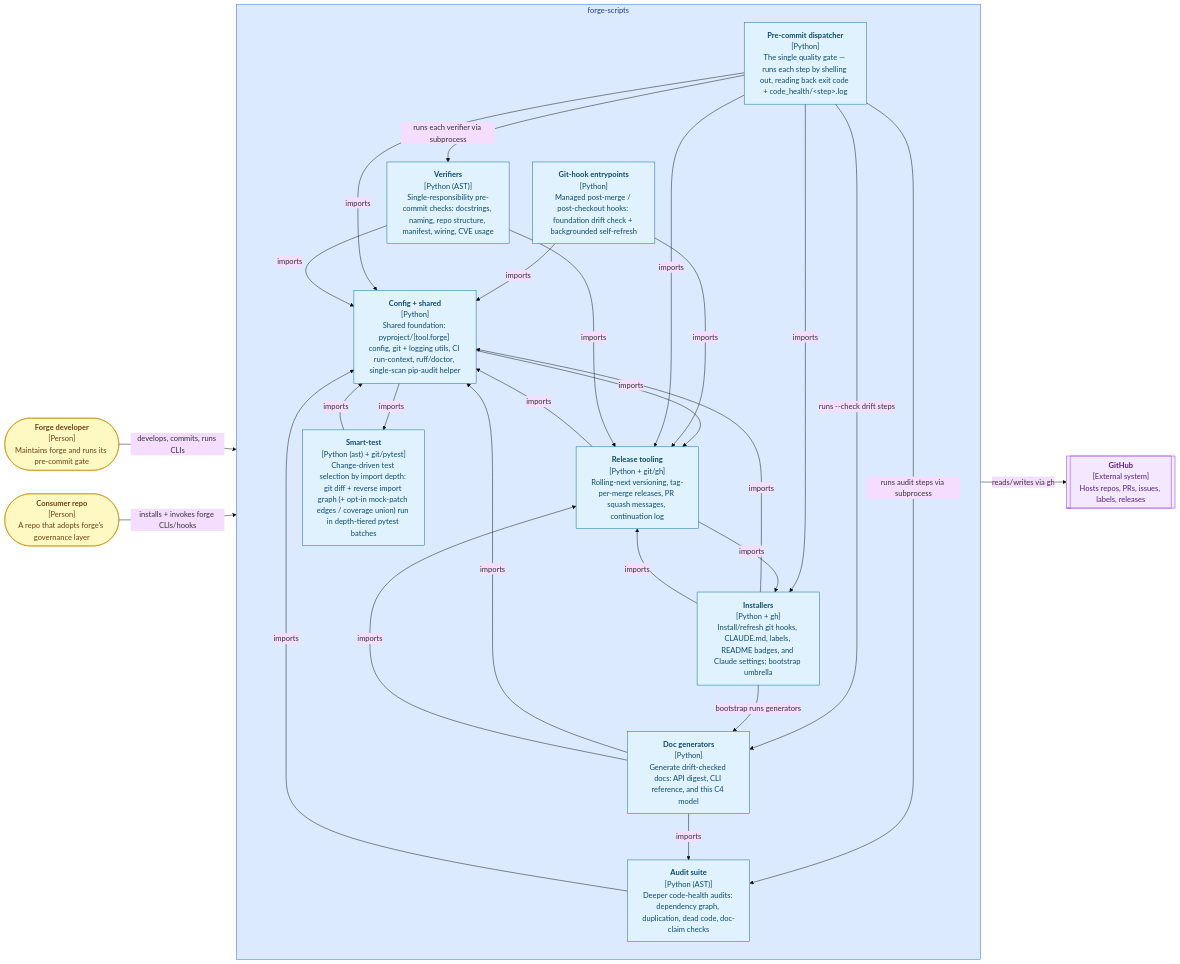
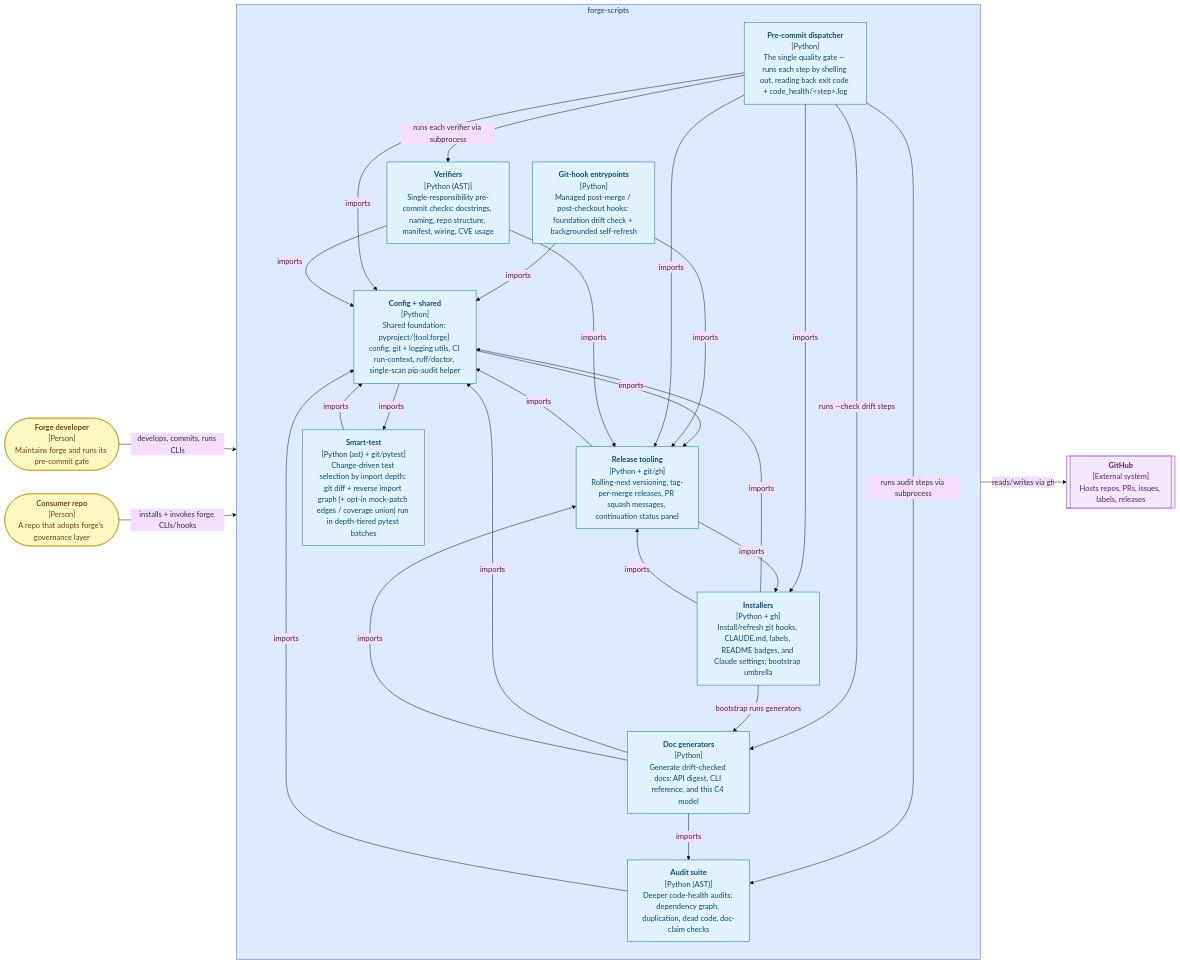
One commit to misnaej/forge changed the diagram in README.md. Above: the diagram before and after it, drawn with Mermaid (base theme). The commit also changed other lines of this file and 39 other files, not shown here.

First line of the commit message:
feat(continuation)!: status panel plus capped written note (#710)

````diff
--- a/README.md
+++ b/README.md
@@ -123,59 +123,59 @@
 ```mermaid
 graph LR
     forge_developer(["<b>Forge developer</b><br/>[Person]<br/>Maintains forge and runs its pre-commit gate"])
     consumer_repo(["<b>Consumer repo</b><br/>[Person]<br/>A repo that adopts forge's governance layer"])
     github[["<b>GitHub</b><br/>[External system]<br/>Hosts repos, PRs, issues, labels, releases"]]
     subgraph forge_scripts["forge-scripts"]
         pre_commit_dispatcher["<b>Pre-commit dispatcher</b><br/>[Python]<br/>The single quality gate — runs each step by shelling out, reading back exit code + code_health/&lt;step&gt;.log"]
         audit_suite["<b>Audit suite</b><br/>[Python (AST)]<br/>Deeper code-health audits: dependency graph, duplication, dead code, doc-claim checks"]
         verifiers["<b>Verifiers</b><br/>[Python (AST)]<br/>Single-responsibility pre-commit checks: docstrings, naming, repo structure, manifest, wiring, CVE usage"]
         installers["<b>Installers</b><br/>[Python + gh]<br/>Install/refresh git hooks, CLAUDE.md, labels, README badges, and Claude settings; bootstrap umbrella"]
         doc_generators["<b>Doc generators</b><br/>[Python]<br/>Generate drift-checked docs: API digest, CLI reference, and this C4 model"]
         git_hook_entrypoints["<b>Git-hook entrypoints</b><br/>[Python]<br/>Managed post-merge / post-checkout hooks: foundation drift check + backgrounded self-refresh"]
-        release_tooling["<b>Release tooling</b><br/>[Python + git/gh]<br/>Rolling-next versioning, tag-per-merge releases, PR squash messages, continuation log"]
+        release_tooling["<b>Release tooling</b><br/>[Python + git/gh]<br/>Rolling-next versioning, tag-per-merge releases, PR squash messages, continuation status panel"]
         smart_test["<b>Smart-test</b><br/>[Python (ast) + git/pytest]<br/>Change-driven test selection by import depth: git diff + reverse import graph (+ opt-in mock-patch edges / coverage union) run in depth-tiered pytest batches"]
         config_shared["<b>Config + shared</b><br/>[Python]<br/>Shared foundation: pyproject/[tool.forge] config, git + logging utils, CI run-context, ruff/doctor, single-scan pip-audit helper"]
     end
     forge_developer -->|"develops, commits, runs CLIs"| forge_scripts
     consumer_repo -->|"installs + invokes forge CLIs/hooks"| forge_scripts
     forge_scripts -->|"reads/writes via gh"| github
     pre_commit_dispatcher -->|"runs each verifier via subprocess"| verifiers
     pre_commit_dispatcher -->|"runs audit steps via subprocess"| audit_suite
     pre_commit_dispatcher -->|"runs --check drift steps"| doc_generators
     installers -->|"bootstrap runs generators"| doc_generators
     audit_suite -->|"imports"| config_shared
     config_shared -->|"imports"| release_tooling
     config_shared -->|"imports"| smart_test
     doc_generators -->|"imports"| audit_suite
     doc_generators -->|"imports"| config_shared
     doc_generators -->|"imports"| release_tooling
     git_hook_entrypoints -->|"imports"| config_shared
     git_hook_entrypoints -->|"imports"| release_tooling
     installers -->|"imports"| config_shared
     installers -->|"imports"| release_tooling
     pre_commit_dispatcher -->|"imports"| config_shared
     pre_commit_dispatcher -->|"imports"| installers
     pre_commit_dispatcher -->|"imports"| release_tooling
     release_tooling -->|"imports"| config_shared
     release_tooling -->|"imports"| installers
     smart_test -->|"imports"| config_shared
     verifiers -->|"imports"| config_shared
     verifiers -->|"imports"| release_tooling
     classDef component fill:#e0f2fe,stroke:#0369a1,color:#0c4a6e
     classDef container fill:#dbeafe,stroke:#2563eb,color:#1e3a8a
     classDef external fill:#f3e8ff,stroke:#9333ea,color:#581c87
     classDef person fill:#fef9c3,stroke:#ca8a04,color:#713f12
     class forge_developer person
     class consumer_repo person
     class github external
     class forge_scripts container
     class pre_commit_dispatcher component
     class audit_suite component
     class verifiers component
     class installers component
     class doc_generators component
     class git_hook_entrypoints component
     class release_tooling component
     class smart_test component
     class config_shared component
 ```
````
